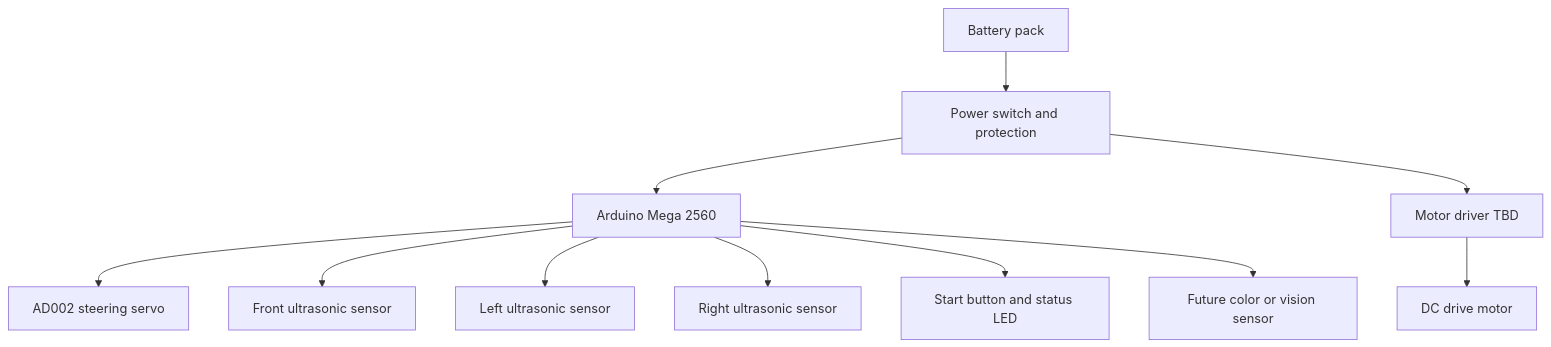
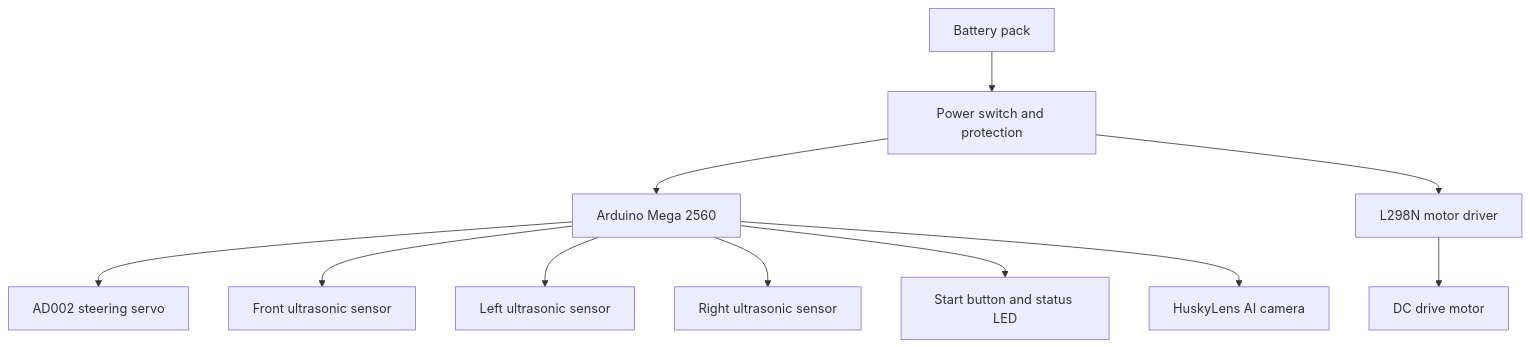
Before and after one commit to Yamilgmr/SKRobotics_WRO2026: the diagram in docs/01_project_overview.md, drawn with Mermaid. The commit also changed other lines of this file and 22 other files, not shown here.

````diff
--- a/docs/01_project_overview.md
+++ b/docs/01_project_overview.md
@@ -22,13 +22,13 @@
 ```mermaid
 flowchart TD
     A["Battery pack"] --> B["Power switch and protection"]
     B --> C["Arduino Mega 2560"]
-    B --> D["Motor driver TBD"]
+    B --> D["L298N motor driver"]
     D --> E["DC drive motor"]
     C --> F["AD002 steering servo"]
     C --> G["Front ultrasonic sensor"]
     C --> H["Left ultrasonic sensor"]
     C --> I["Right ultrasonic sensor"]
     C --> J["Start button and status LED"]
-    C --> K["Future color or vision sensor"]
+    C --> K["HuskyLens AI camera"]
 ```
````
